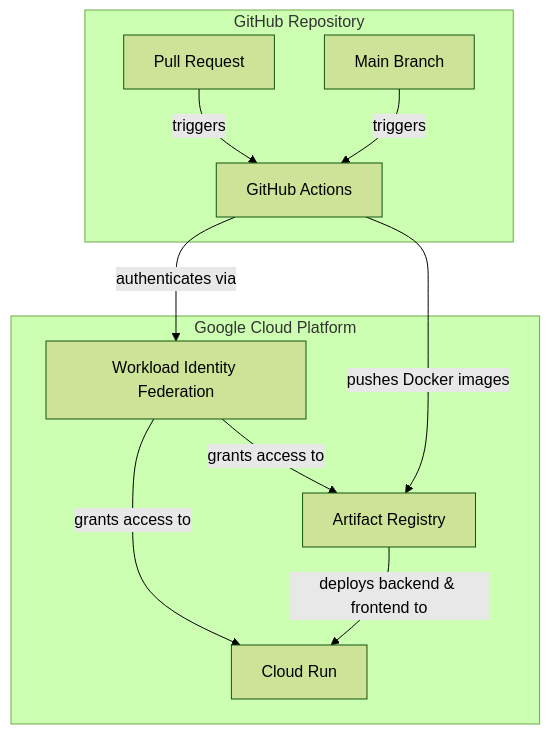
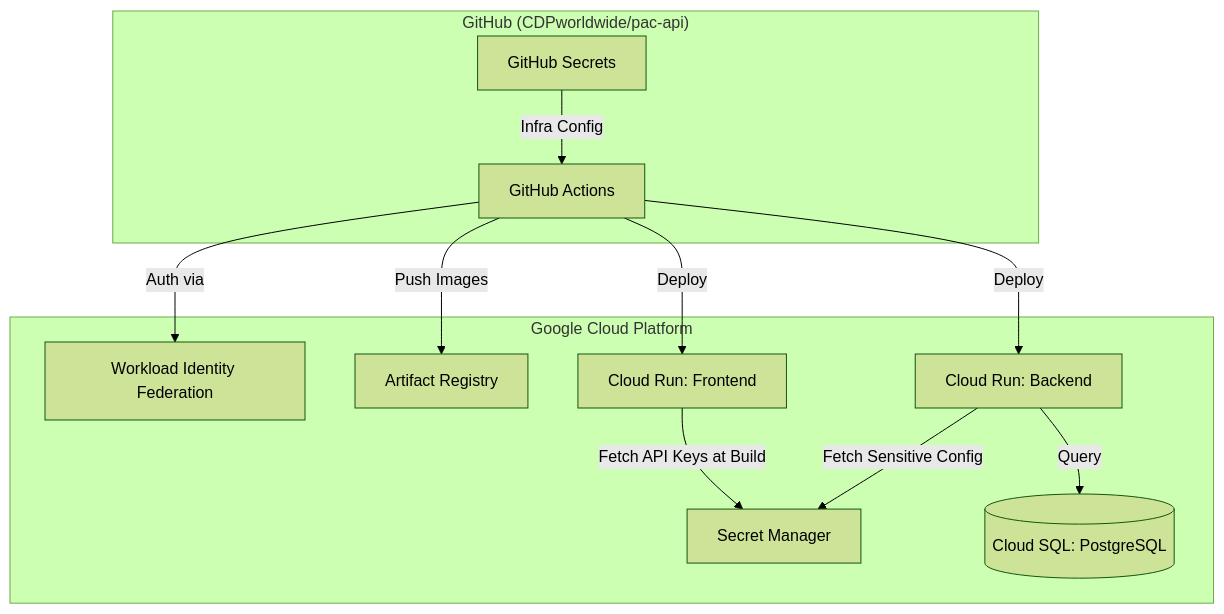
The first of 2 diagrams in docs/deployment/README.md (CDPworldwide/cdp-adapt-ex), drawn with Mermaid (forest theme) before and after one commit. The commit also changed other lines of this file and 113 other files, not shown here.

````diff
--- a/docs/deployment/README.md
+++ b/docs/deployment/README.md
@@ -60,22 +15,25 @@
 ```mermaid
 flowchart TB
-    subgraph GitHub["GitHub Repository"]
-        PR[Pull Request]
-        Main[Main Branch]
+    subgraph GitHub["GitHub (CDPworldwide/pac-api)"]
         Actions[GitHub Actions]
+        SecretsGH[GitHub Secrets]
     end
 
     subgraph GCP["Google Cloud Platform"]
         WIF[Workload Identity Federation]
         AR[Artifact Registry]
-        CR[Cloud Run]
+        CR_FE[Cloud Run: Frontend]
+        CR_BE[Cloud Run: Backend]
+        SM[Secret Manager]
+        SQL[(Cloud SQL: PostgreSQL)]
     end
 
-    PR -->|triggers| Actions
-    Main -->|triggers| Actions
-    Actions -->|authenticates via| WIF
-    WIF -->|grants access to| AR
-    WIF -->|grants access to| CR
-    Actions -->|pushes Docker images| AR
-    AR -->|deploys backend & frontend to| CR
+    Actions -->|Auth via| WIF
+    Actions -->|Push Images| AR
+    Actions -->|Deploy| CR_FE
+    Actions -->|Deploy| CR_BE
+    CR_BE -->|Fetch Sensitive Config| SM
+    CR_FE -->|Fetch API Keys at Build| SM
+    CR_BE -->|Query| SQL
+    SecretsGH -->|Infra Config| Actions
 ```
````
